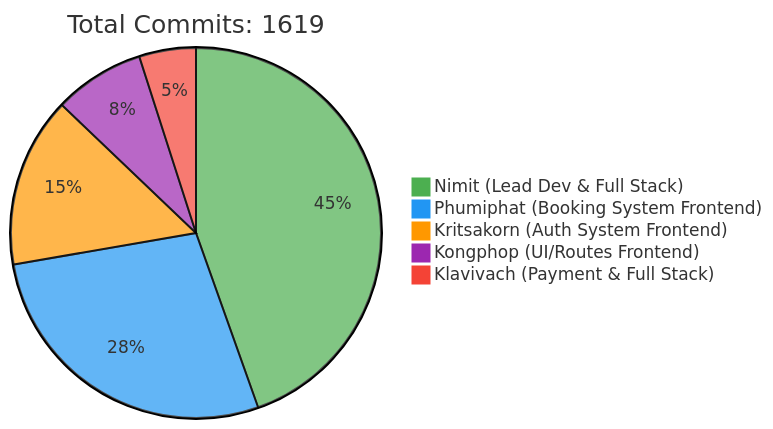
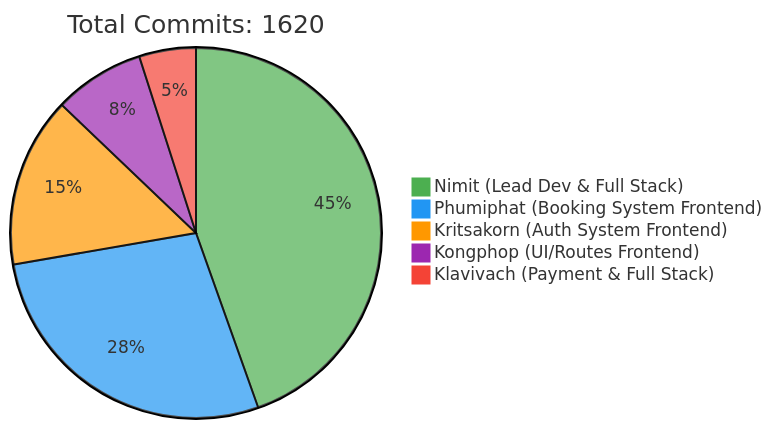
One commit to 6531503042/Sport-Complex changed the first of 2 diagrams in README.md. Above: the diagram before and after it, drawn with Mermaid. The commit also changed other lines of this file, not shown here.

Commit message:
docs: Update contributor statistics [skip ci]

````diff
--- a/README.md
+++ b/README.md
@@ -257,10 +257,10 @@
 ```mermaid
 %%{init: {'theme': 'base', 'themeVariables': { 'pie1': '#4CAF50', 'pie2': '#2196F3', 'pie3': '#FF9800', 'pie4': '#9C27B0', 'pie5': '#F44336'}}}%%
 pie
-    title Total Commits: 1619
+    title Total Commits: 1620
     "Nimit (Lead Dev & Full Stack)" : 450
     "Phumiphat (Booking System Frontend)" : 280
     "Kritsakorn (Auth System Frontend)" : 150
     "Kongphop (UI/Routes Frontend)" : 80
     "Klavivach (Payment & Full Stack)" : 50
 ```
````
